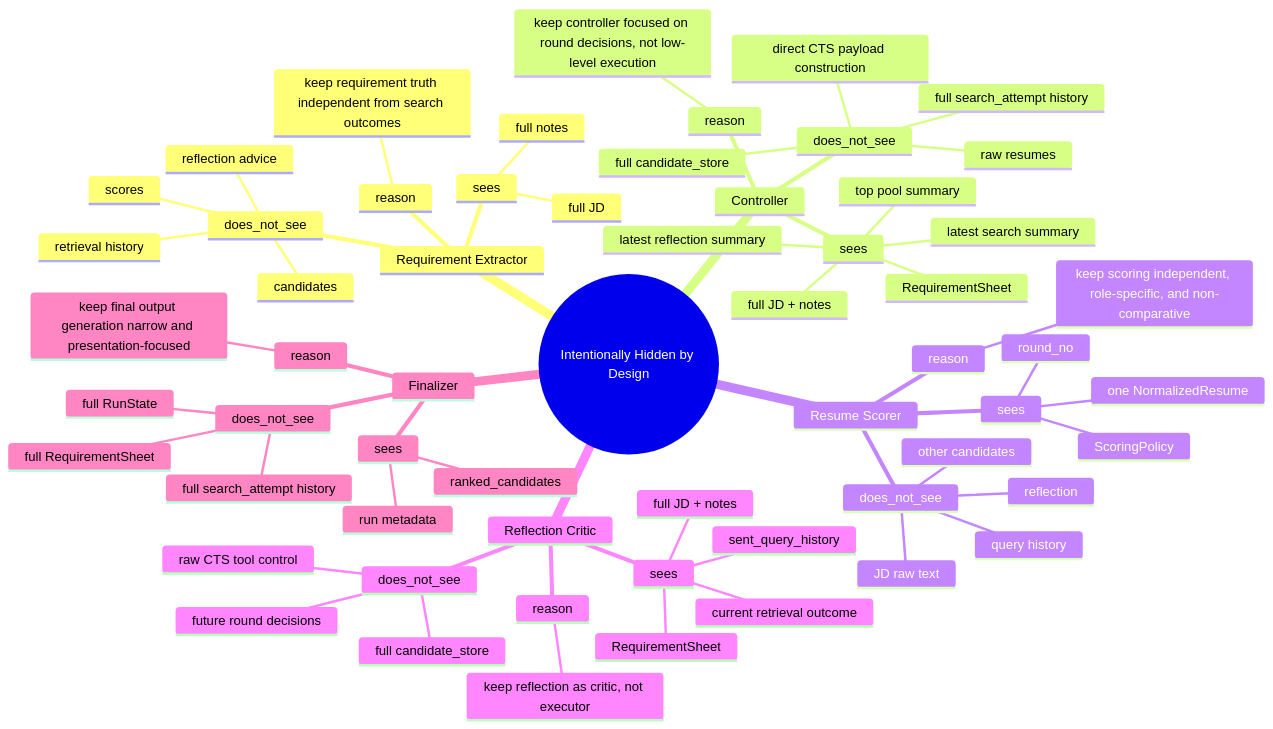
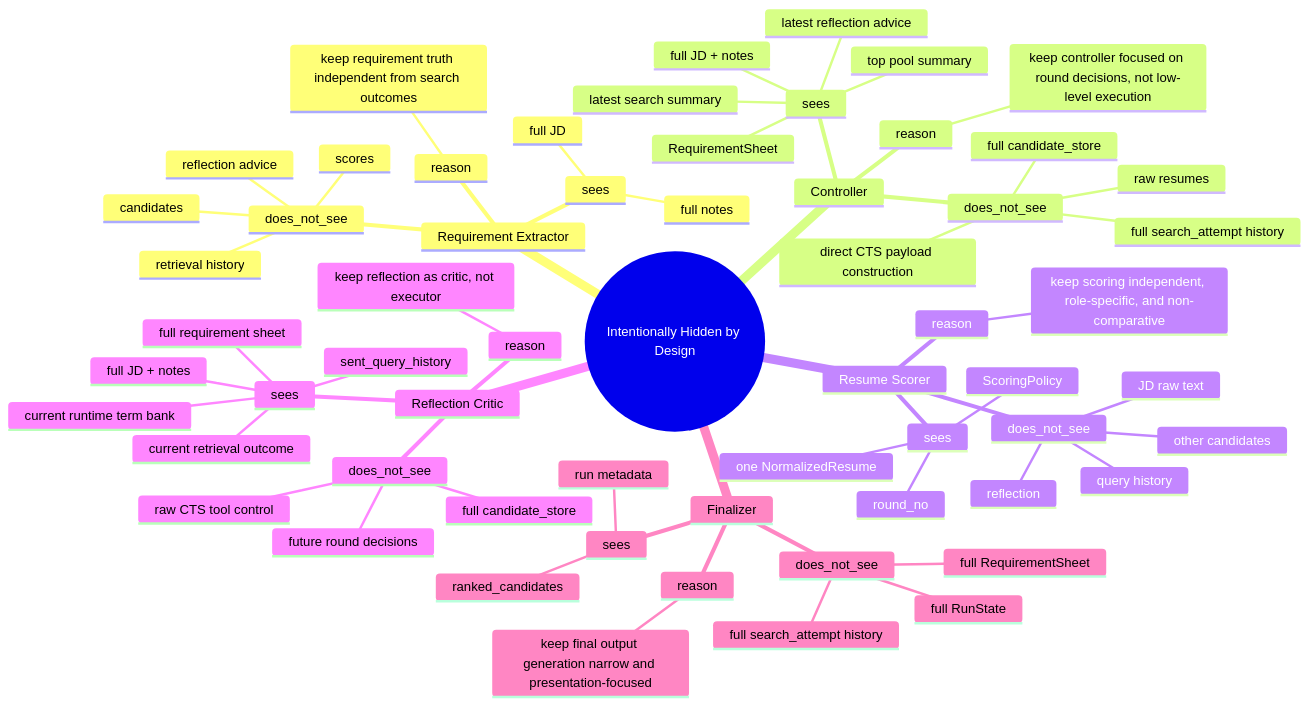
One commit to FrankQDWang/cv-match changed the third of 3 diagrams in docs/v-0.2/llm-context-maps.md. Above: the diagram before and after it, drawn with Mermaid. The commit also changed other lines of this file and 1 other file, not shown here.

````diff
--- a/docs/v-0.2/llm-context-maps.md
+++ b/docs/v-0.2/llm-context-maps.md
@@ -205,63 +213,64 @@
 ```mermaid
 mindmap
   root((Intentionally Hidden by Design))
     Requirement Extractor
       sees
         full JD
         full notes
       does_not_see
         retrieval history
         candidates
         scores
         reflection advice
       reason
         keep requirement truth independent from search outcomes
     Controller
       sees
         full JD + notes
         RequirementSheet
         top pool summary
         latest search summary
-        latest reflection summary
+        latest reflection advice
       does_not_see
         full candidate_store
         raw resumes
         full search_attempt history
         direct CTS payload construction
       reason
         keep controller focused on round decisions, not low-level execution
     Resume Scorer
       sees
         ScoringPolicy
         one NormalizedResume
         round_no
       does_not_see
         JD raw text
         other candidates
         query history
         reflection
       reason
         keep scoring independent, role-specific, and non-comparative
     Reflection Critic
       sees
         full JD + notes
-        RequirementSheet
+        full requirement sheet
         current retrieval outcome
+        current runtime term bank
         sent_query_history
       does_not_see
         full candidate_store
         raw CTS tool control
         future round decisions
       reason
         keep reflection as critic, not executor
     Finalizer
       sees
         ranked_candidates
         run metadata
       does_not_see
         full RunState
         full RequirementSheet
         full search_attempt history
       reason
         keep final output generation narrow and presentation-focused
 ```
````
